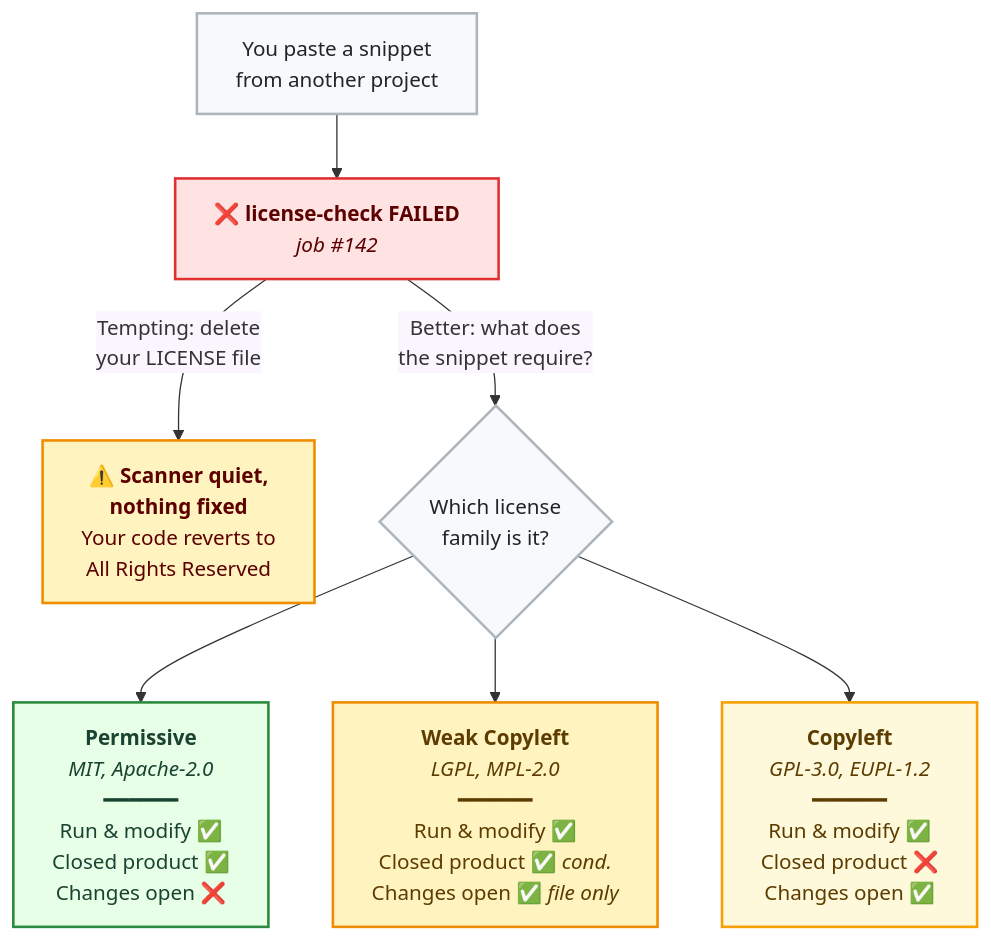
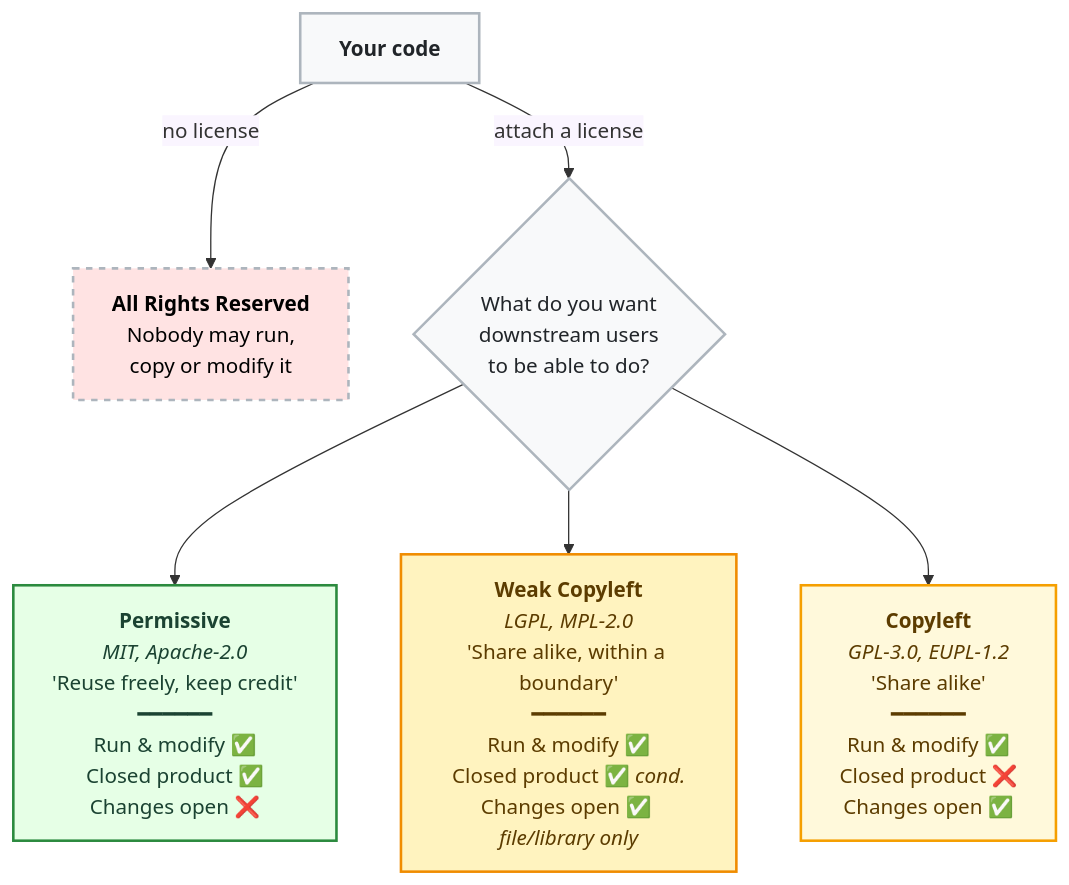
The first of 3 diagrams in content/software-licensing.md (coderefinery/social-coding), drawn with Mermaid before and after one commit. The commit also changed other lines of this file, not shown here.

Commit message:
Trim the intro

````diff
--- a/content/software-licensing.md
+++ b/content/software-licensing.md
@@ -53,29 +39,24 @@
 ```{mermaid}
 %%{init: {'themeVariables': { 'edgeLabelBackground': '#faf5ff', 'fontSize': '16px' }}}%%
 
 flowchart TB
 
-  P["You paste a snippet<br/>from another project"] --> J["❌ <b>license-check FAILED</b><br/><i>job #142</i>"]
+  A["<b>Your code</b>"] -->|"no license"| B["<b>All Rights Reserved</b><br/>Nobody may run,<br/>copy or modify it"]
+  A -->|"attach a license"| C{"What do you want<br/>downstream users<br/>to be able to do?"}
 
-  J -->|"Tempting: delete<br/>your LICENSE file"| X["⚠️ <b>Scanner quiet,<br/>nothing fixed</b><br/>Your code reverts to<br/>All Rights Reserved"]
-
-  J -->|"Better: what does<br/>the snippet require?"| Q{"Which license<br/>family is it?"}
-
-  Q --> D["<b>Permissive</b><br/><i>MIT, Apache-2.0</i><br/>━━━━━━<br/>Run &amp; modify ✅<br/>Closed product ✅<br/>Changes open ❌"]
-  Q --> W["<b>Weak Copyleft</b><br/><i>LGPL, MPL-2.0</i><br/>━━━━━━<br/>Run &amp; modify ✅<br/>Closed product ✅ <i>cond.</i><br/>Changes open ✅ <i>file only</i>"]
-  Q --> E["<b>Copyleft</b><br/><i>GPL-3.0, EUPL-1.2</i><br/>━━━━━━<br/>Run &amp; modify ✅<br/>Closed product ❌<br/>Changes open ✅"]
+  C --> D["<b>Permissive</b><br/><i>MIT, Apache-2.0</i><br/>'Reuse freely, keep credit'<br/>━━━━━━<br/>Run &amp; modify ✅<br/>Closed product ✅<br/>Changes open ❌"]
+  C --> W["<b>Weak Copyleft</b><br/><i>LGPL, MPL-2.0</i><br/>'Share alike, within a boundary'<br/>━━━━━━<br/>Run &amp; modify ✅<br/>Closed product ✅ <i>cond.</i><br/>Changes open ✅ <i>file/library only</i>"]
+  C --> E["<b>Copyleft</b><br/><i>GPL-3.0, EUPL-1.2</i><br/>'Share alike'<br/>━━━━━━<br/>Run &amp; modify ✅<br/>Closed product ❌<br/>Changes open ✅"]
 
    classDef green fill:#e6ffe6,stroke:#2b8a3e,stroke-width:2px,color:#1b4332;
    classDef amber fill:#fff3bf,stroke:#f08c00,stroke-width:2px,color:#5c3c00;
    classDef yellow fill:#fff9db,stroke:#f59f00,stroke-width:2px,color:#5c3c00;
-   classDef fail fill:#ffe3e3,stroke:#e03131,stroke-width:2px,color:#5c0000;
-   classDef warning fill:#fff3bf,stroke:#f08c00,stroke-width:2px,color:#5c0000;
+   classDef dashed_red fill:#ffe3e3,stroke:#adb5bd,stroke-width:2px,stroke-dasharray: 5 5,color:#000000;
    classDef white fill:#f8f9fa,stroke:#adb5bd,stroke-width:2px,color:#212529;
 
    class D green;
    class W amber;
    class E yellow;
-   class J fail;
-   class X warning;
-   class P,Q white;
+   class B dashed_red;
+   class A,C white;
 ```
````
